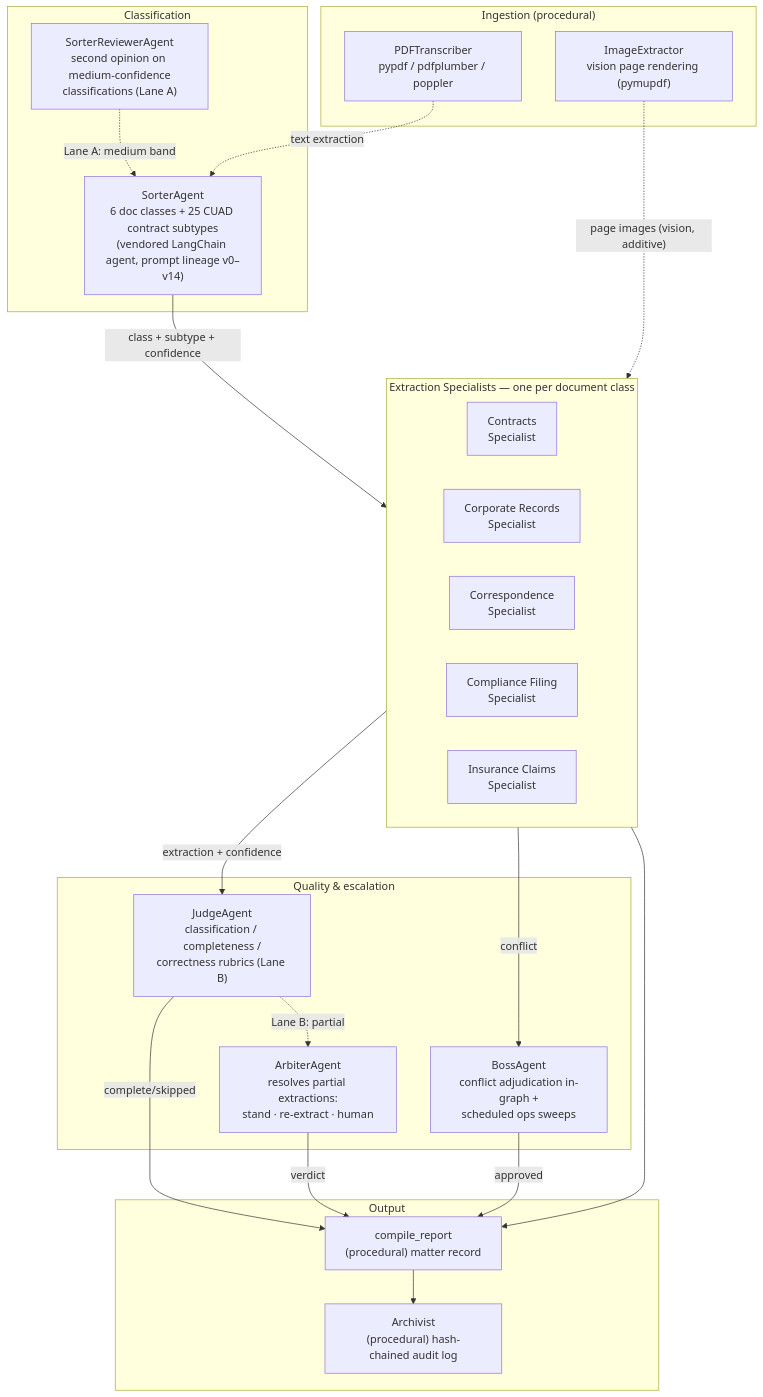
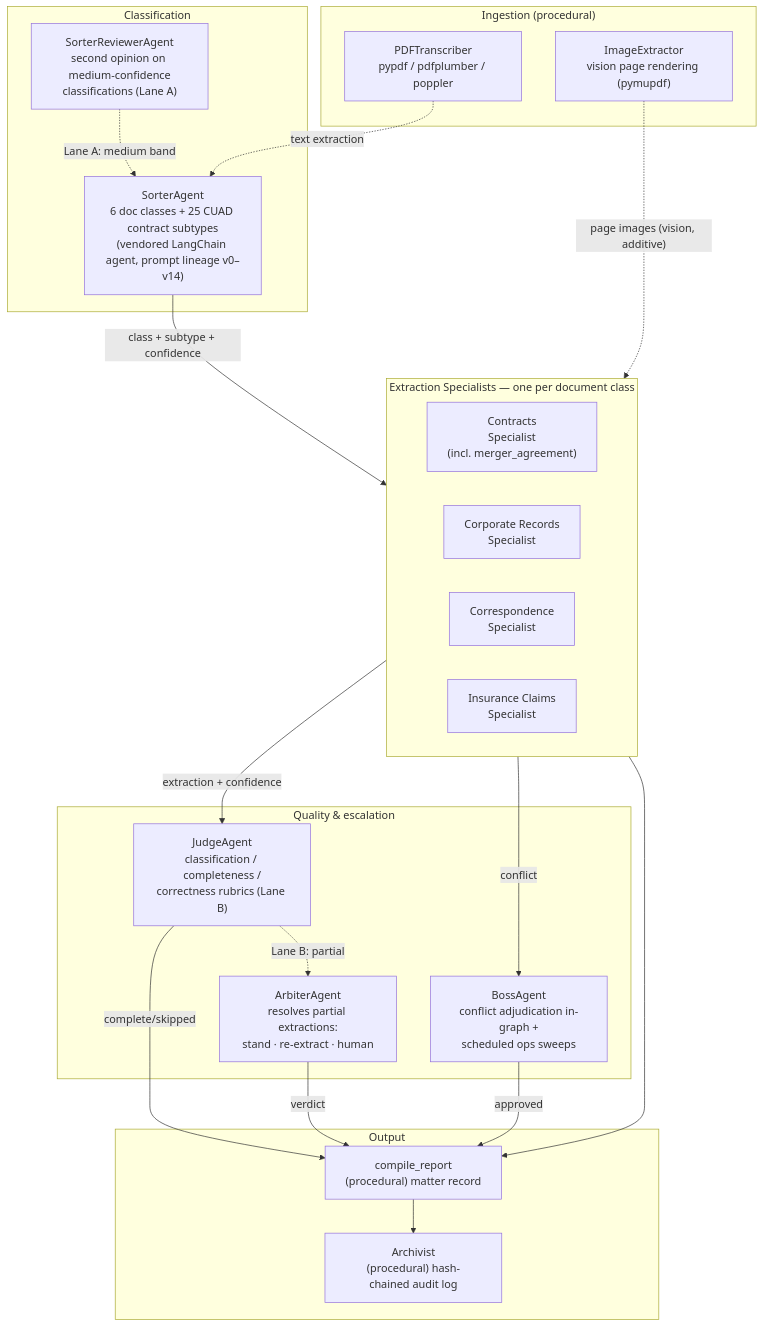
The second of 2 diagrams in README.md (Exios66/llm-mailroom), drawn with Mermaid before and after one commit. The commit also changed other lines of this file and 6 other files, not shown here.

````diff
--- a/README.md
+++ b/README.md
@@ -188,44 +188,43 @@
 ```mermaid
 flowchart TB
     subgraph CLASSIFY["Classification"]
         SORTER["SorterAgent<br/>6 doc classes + 25 CUAD contract subtypes<br/>(vendored LangChain agent, prompt lineage v0–v14)"]
         REVIEWER["SorterReviewerAgent<br/>second opinion on medium-confidence<br/>classifications (Lane A)"]
     end
 
     subgraph SPECIALISTS["Extraction Specialists — one per document class"]
-        CONTRACTS["Contracts<br/>Specialist"]
+        CONTRACTS["Contracts<br/>Specialist<br/>(incl. merger_agreement)"]
         CORP["Corporate Records<br/>Specialist"]
         CORR["Correspondence<br/>Specialist"]
-        COMP["Compliance Filing<br/>Specialist"]
         INS["Insurance Claims<br/>Specialist"]
     end
 
     subgraph QUALITY["Quality & escalation"]
         JUDGE["JudgeAgent<br/>classification / completeness /<br/>correctness rubrics (Lane B)"]
         ARBITER["ArbiterAgent<br/>resolves partial extractions:<br/>stand · re-extract · human"]
         BOSS["BossAgent<br/>conflict adjudication in-graph +<br/>scheduled ops sweeps"]
     end
 
     subgraph OUTPUT["Output"]
         REPORTER["compile_report<br/>(procedural) matter record"]
         ARCHIVIST["Archivist<br/>(procedural) hash-chained audit log"]
     end
 
     subgraph INGEST2["Ingestion (procedural)"]
         PDF["PDFTranscriber<br/>pypdf / pdfplumber / poppler"]
         IMG["ImageExtractor<br/>vision page rendering (pymupdf)"]
     end
 
     SORTER -- "class + subtype + confidence" --> SPECIALISTS
     REVIEWER -. "Lane A: medium band" .-> SORTER
     SPECIALISTS -- "extraction + confidence" --> JUDGE
     JUDGE -. "Lane B: partial" .-> ARBITER
     SPECIALISTS -- "conflict" --> BOSS
     SPECIALISTS --> REPORTER
     JUDGE -- "complete/skipped" --> REPORTER
     ARBITER -- "verdict" --> REPORTER
     BOSS -- "approved" --> REPORTER
     REPORTER --> ARCHIVIST
     PDF -. "text extraction" .-> SORTER
     IMG -. "page images (vision, additive)" .-> SPECIALISTS
 ```
````
